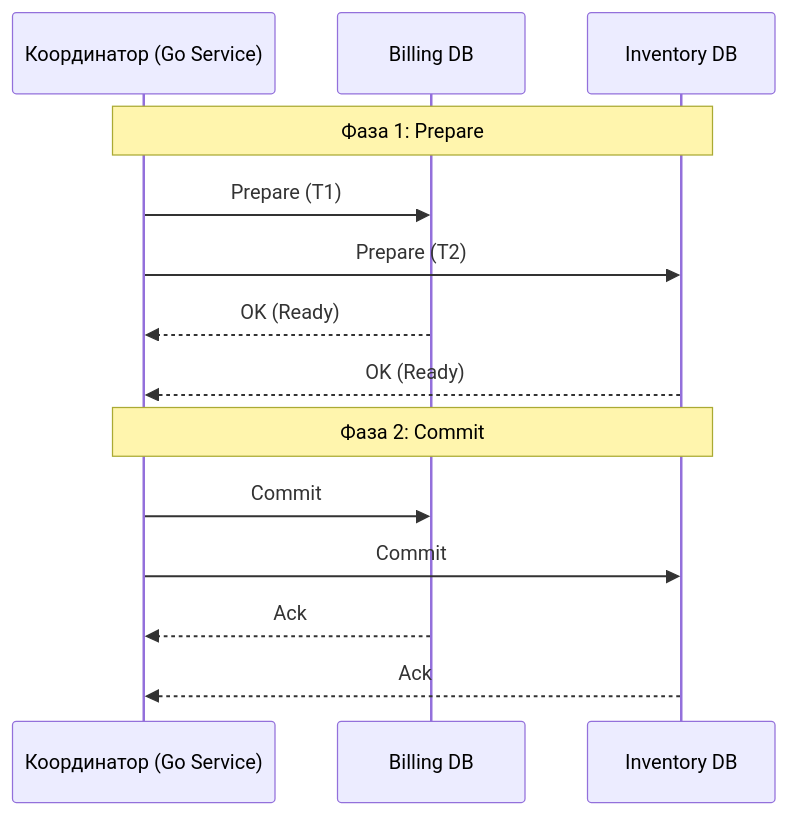
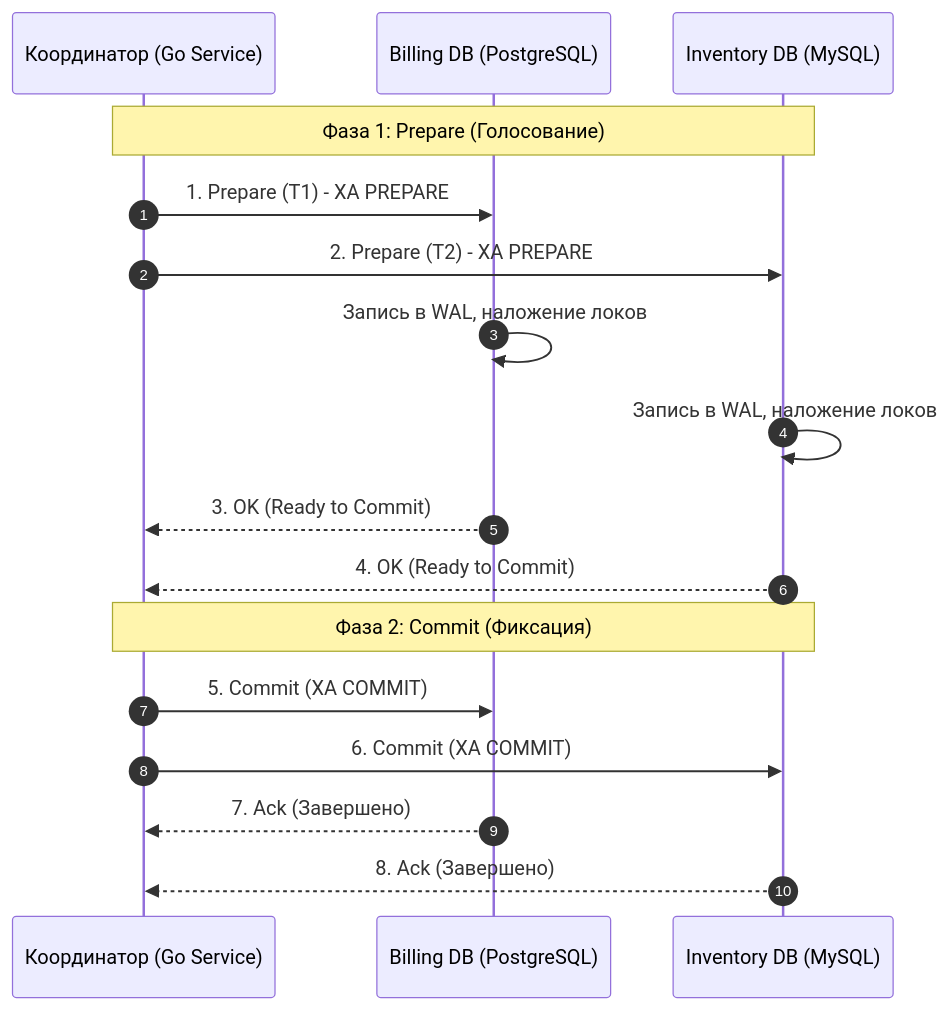
Before and after one commit to UnrealTemplier/go-textbook: the first of 2 diagrams in sources/12. Базы данных/08. Распределенные базы данных/8. Distributed transactions.md, drawn with Mermaid. The commit also changed other lines of this file, not shown here.

````diff
--- a/sources/12. Базы данных/08. Распределенные базы данных/8. Distributed transactions.md
+++ b/sources/12. Базы данных/08. Распределенные базы данных/8. Distributed transactions.md
@@ -33,18 +39,21 @@
 ```mermaid
 sequenceDiagram
+    autonumber
     participant C as Координатор (Go Service)
-    participant DB1 as Billing DB
-    participant DB2 as Inventory DB
+    participant DB1 as Billing DB (PostgreSQL)
+    participant DB2 as Inventory DB (MySQL)
 
-    Note over C, DB2: Фаза 1: Prepare
-    C->>DB1: Prepare (T1)
-    C->>DB2: Prepare (T2)
-    DB1-->>C: OK (Ready)
-    DB2-->>C: OK (Ready)
+    Note over C, DB2: Фаза 1: Prepare (Голосование)
+    C->>DB1: 1. Prepare (T1) - XA PREPARE
+    C->>DB2: 2. Prepare (T2) - XA PREPARE
+    DB1->>DB1: Запись в WAL, наложение локов
+    DB2->>DB2: Запись в WAL, наложение локов
+    DB1-->>C: 3. OK (Ready to Commit)
+    DB2-->>C: 4. OK (Ready to Commit)
 
-    Note over C, DB2: Фаза 2: Commit
-    C->>DB1: Commit
-    C->>DB2: Commit
-    DB1-->>C: Ack
-    DB2-->>C: Ack
+    Note over C, DB2: Фаза 2: Commit (Фиксация)
+    C->>DB1: 5. Commit (XA COMMIT)
+    C->>DB2: 6. Commit (XA COMMIT)
+    DB1-->>C: 7. Ack (Завершено)
+    DB2-->>C: 8. Ack (Завершено)
 ```
````
